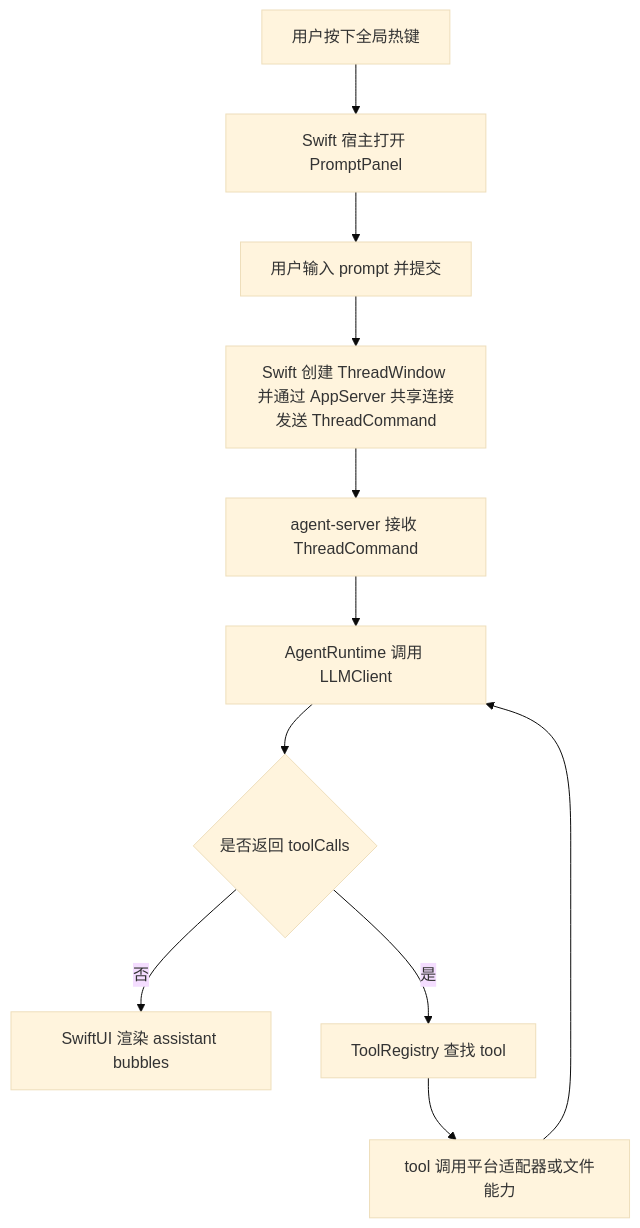
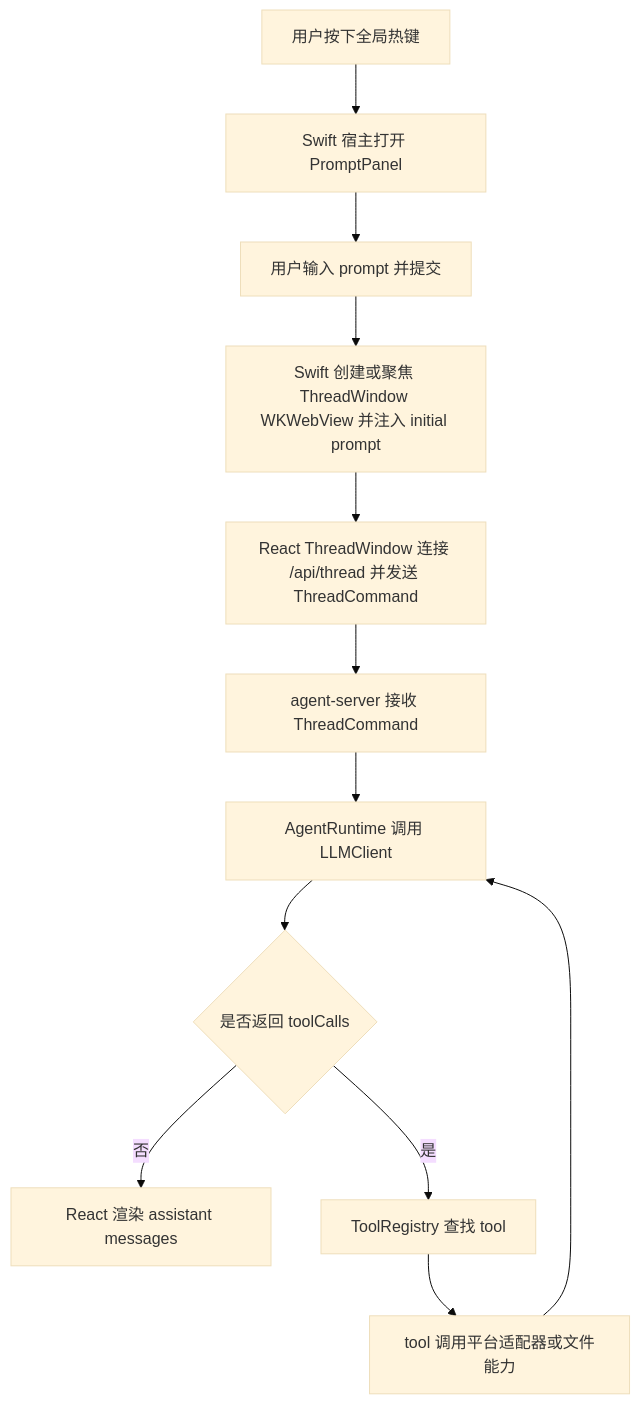
The diagram in AGENTS.md (Lixuhang987/SpotAgent), drawn with Mermaid (base theme) before and after one commit. The commit also changed other lines of this file and 29 other files, not shown here.

````diff
--- a/AGENTS.md
+++ b/AGENTS.md
@@ -58,13 +59,14 @@
 ```mermaid
 flowchart TD
   A[用户按下全局热键] --> B[Swift 宿主打开 PromptPanel]
   B --> C[用户输入 prompt 并提交]
-  C --> D[Swift 创建 ThreadWindow 并通过 AppServer 共享连接发送 ThreadCommand]
-  D --> E[agent-server 接收 ThreadCommand]
-  E --> F[AgentRuntime 调用 LLMClient]
-  F --> G{是否返回 toolCalls}
-  G -- 否 --> H[SwiftUI 渲染 assistant bubbles]
-  G -- 是 --> I[ToolRegistry 查找 tool]
-  I --> J[tool 调用平台适配器或文件能力]
-  J --> F
+  C --> D[Swift 创建或聚焦 ThreadWindow WKWebView 并注入 initial prompt]
+  D --> E[React ThreadWindow 连接 /api/thread 并发送 ThreadCommand]
+  E --> F[agent-server 接收 ThreadCommand]
+  F --> G[AgentRuntime 调用 LLMClient]
+  G --> H{是否返回 toolCalls}
+  H -- 否 --> I[React 渲染 assistant messages]
+  H -- 是 --> J[ToolRegistry 查找 tool]
+  J --> K[tool 调用平台适配器或文件能力]
+  K --> G
 ```
````
